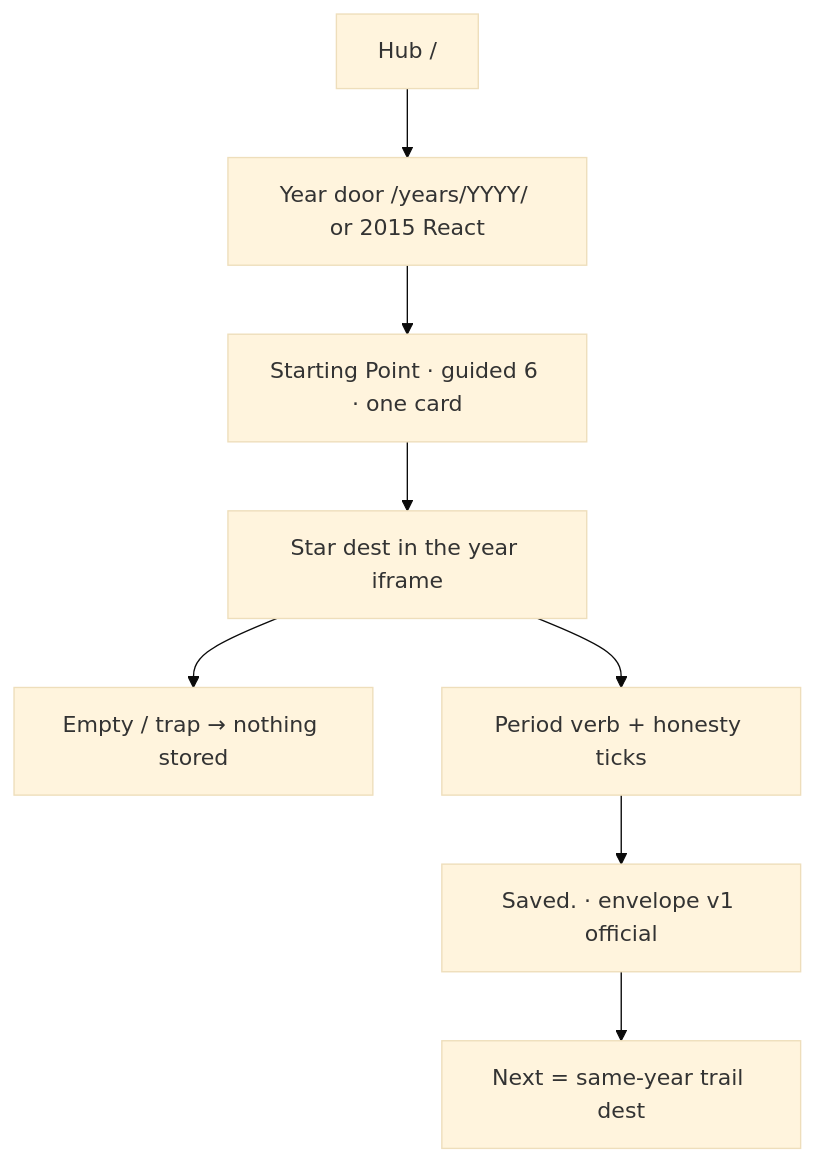
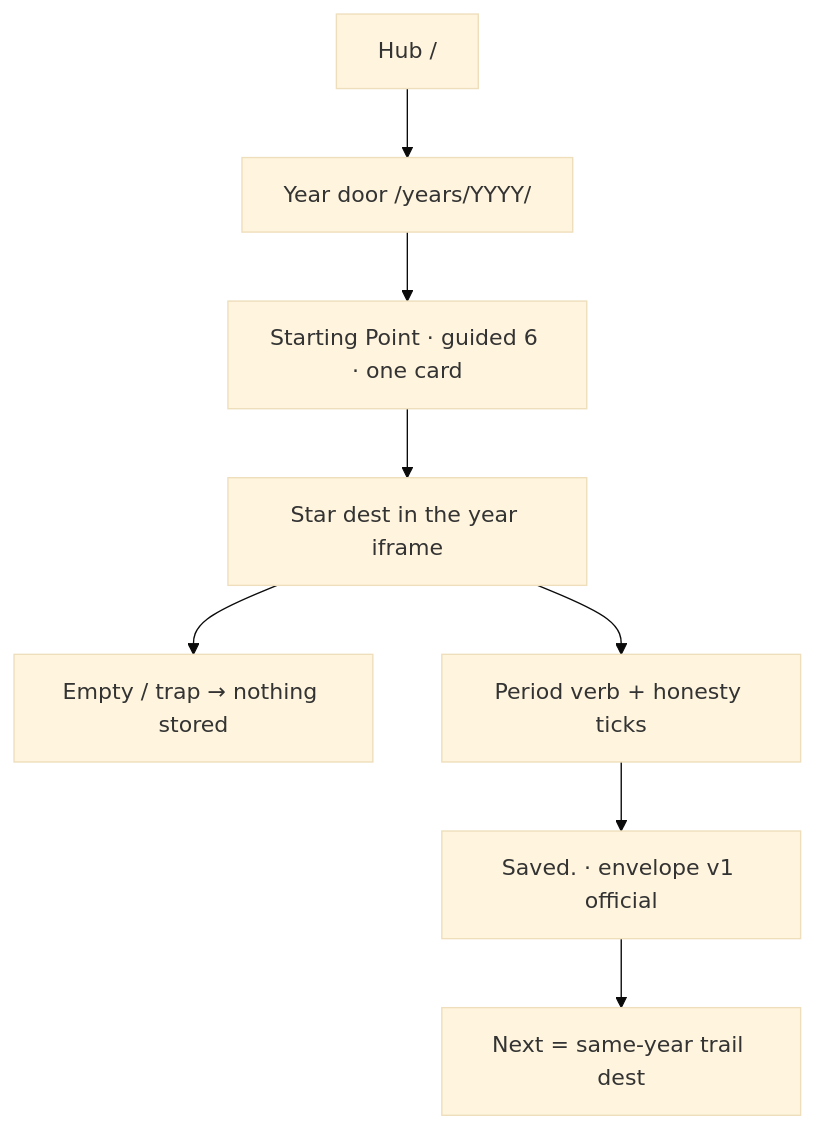
The diagram in docs/MUSEUM-GRADE-UX-COMPLETE.md (sourabhligade/internet-through-time), drawn with Mermaid (base theme) before and after one commit. The commit also changed other lines of this file and 273 other files, not shown here.

````diff
--- a/docs/MUSEUM-GRADE-UX-COMPLETE.md
+++ b/docs/MUSEUM-GRADE-UX-COMPLETE.md
@@ -161,10 +159,10 @@
 ```mermaid
 flowchart TD
-  hub["Hub /"] --> door["Year door /years/YYYY/ or 2015 React"]
+  hub["Hub /"] --> door["Year door /years/YYYY/"]
   door --> start["Starting Point · guided 6 · one card"]
   start --> star["Star dest in the year iframe"]
   star --> empty["Empty / trap → nothing stored"]
   star --> verb["Period verb + honesty ticks"]
   verb --> saved["Saved. · envelope v1 official"]
   saved --> next["Next = same-year trail dest"]
 ```
````
